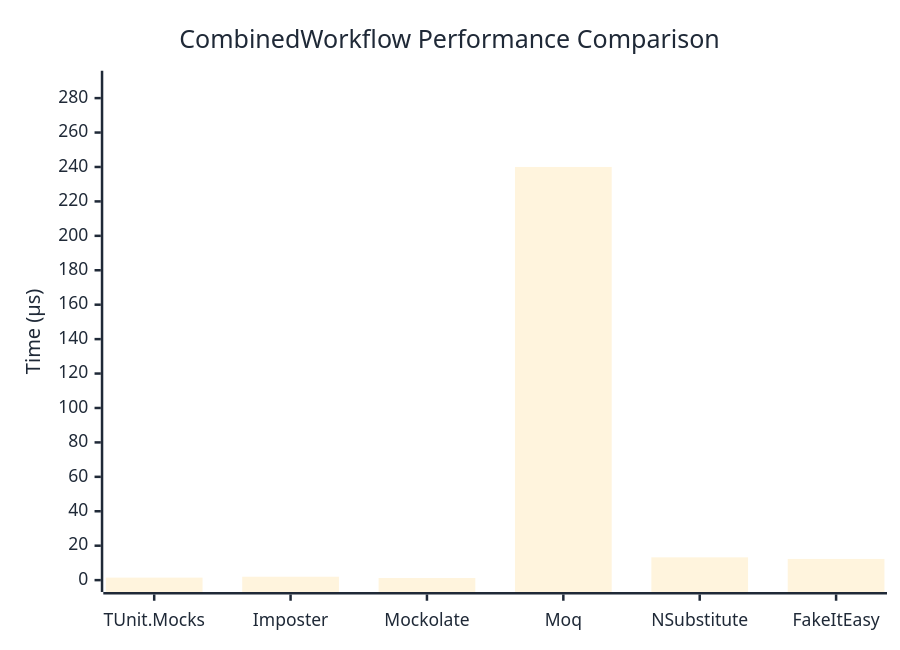
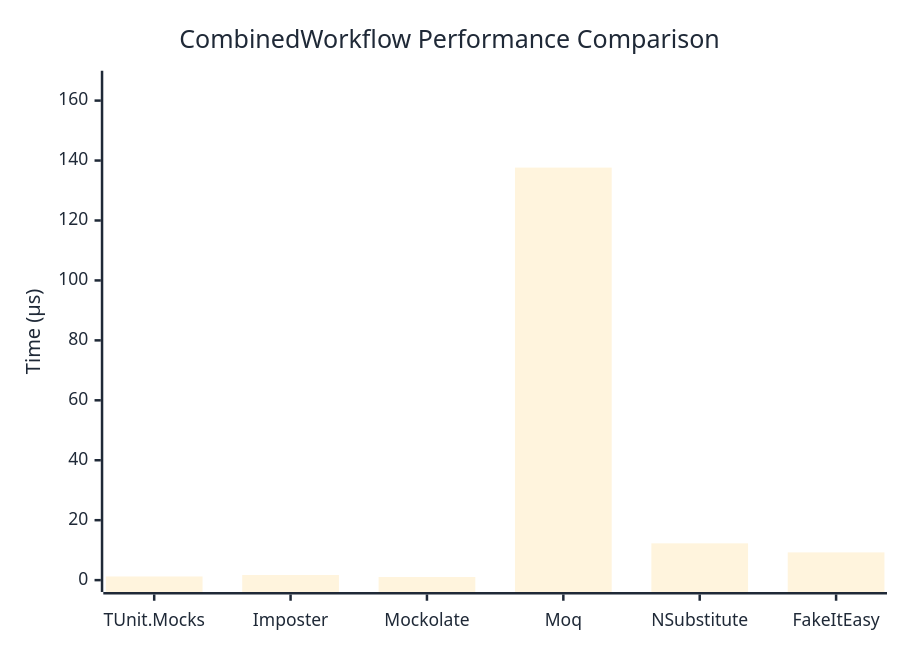
One commit to thomhurst/TUnit changed the diagram in docs/docs/benchmarks/mocks/CombinedWorkflow.md. Above: the diagram before and after it, drawn with Mermaid. The commit also changed other lines of this file and 14 other files, not shown here.

````diff
--- a/docs/docs/benchmarks/mocks/CombinedWorkflow.md
+++ b/docs/docs/benchmarks/mocks/CombinedWorkflow.md
@@ -30,27 +30,27 @@
 ```mermaid
 %%{init: {
   'theme':'base',
   'themeVariables': {
     'primaryColor': '#2563eb',
     'primaryTextColor': '#1f2937',
     'primaryBorderColor': '#1e40af',
     'lineColor': '#6b7280',
     'secondaryColor': '#7c3aed',
     'tertiaryColor': '#dc2626',
     'background': '#ffffff',
     'pie1': '#2563eb',
     'pie2': '#7c3aed',
     'pie3': '#dc2626',
     'pie4': '#f59e0b',
     'pie5': '#10b981',
     'pie6': '#06b6d4',
     'pie7': '#ec4899',
     'pie8': '#6366f1'
   }
 }}%%
 xychart-beta
   title "CombinedWorkflow Performance Comparison"
   x-axis ["TUnit.Mocks", "Imposter", "Mockolate", "Moq", "NSubstitute", "FakeItEasy"]
-  y-axis "Time (μs)" 0 --> 289
-  bar [1.451, 1.977, 1.237, 240.011, 13.235, 12.31]
+  y-axis "Time (μs)" 0 --> 166
+  bar [1.221, 1.711, 1.045, 137.647, 12.273, 9.255]
 ```
````
